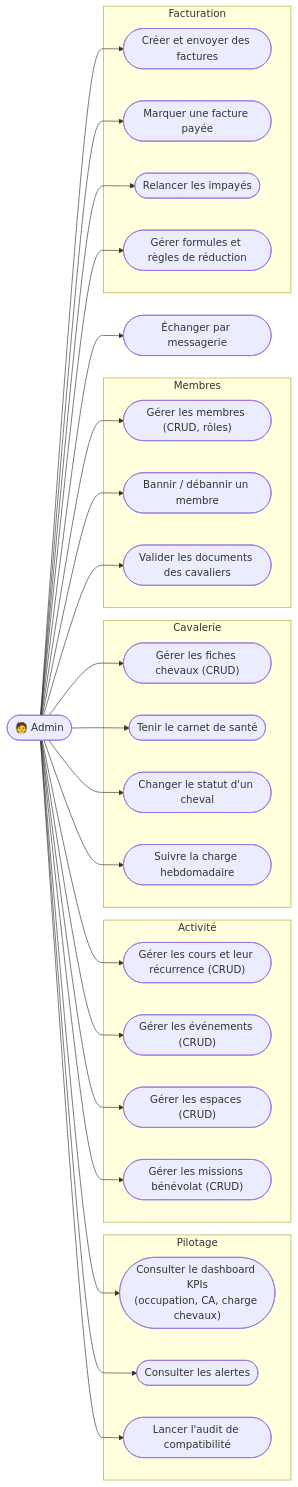
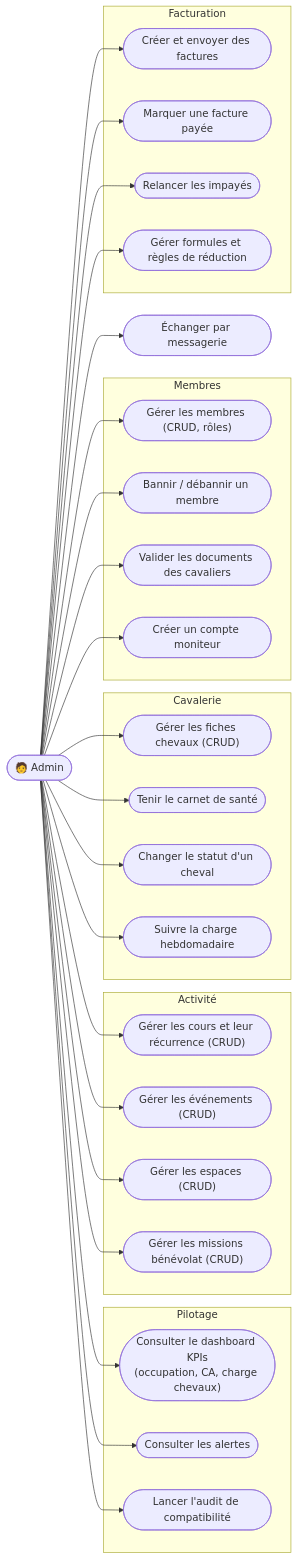
Before and after one commit to Floxde99/Equime: the fourth of 4 diagrams in docs/uml/cas-utilisation.md, drawn with Mermaid. The commit also changed other lines of this file and 14 other files, not shown here.

````diff
--- a/docs/uml/cas-utilisation.md
+++ b/docs/uml/cas-utilisation.md
@@ -70,41 +71,42 @@
 ```mermaid
 flowchart LR
     AD(["🧑 Admin"])
 
     subgraph Pilotage
         D1(["Consulter le dashboard KPIs<br/>(occupation, CA, charge chevaux)"])
         D2(["Consulter les alertes"])
         D3(["Lancer l'audit de compatibilité"])
     end
     subgraph Activité
         G1(["Gérer les cours et leur récurrence (CRUD)"])
         G2(["Gérer les événements (CRUD)"])
         G3(["Gérer les espaces (CRUD)"])
         G4(["Gérer les missions bénévolat (CRUD)"])
     end
     subgraph Cavalerie
         H1(["Gérer les fiches chevaux (CRUD)"])
         H2(["Tenir le carnet de santé"])
         H3(["Changer le statut d'un cheval"])
         H4(["Suivre la charge hebdomadaire"])
     end
     subgraph Membres
         M1(["Gérer les membres (CRUD, rôles)"])
         M2(["Bannir / débannir un membre"])
         M3(["Valider les documents des cavaliers"])
+        M4(["Créer un compte moniteur"])
     end
     subgraph Facturation
         K1(["Créer et envoyer des factures"])
         K2(["Marquer une facture payée"])
         K3(["Relancer les impayés"])
         K4(["Gérer formules et règles de réduction"])
     end
     MSG(["Échanger par messagerie"])
 
     AD --> D1 & D2 & D3
     AD --> G1 & G2 & G3 & G4
     AD --> H1 & H2 & H3 & H4
-    AD --> M1 & M2 & M3
+    AD --> M1 & M2 & M3 & M4
     AD --> K1 & K2 & K3 & K4
     AD --> MSG
 ```
````
